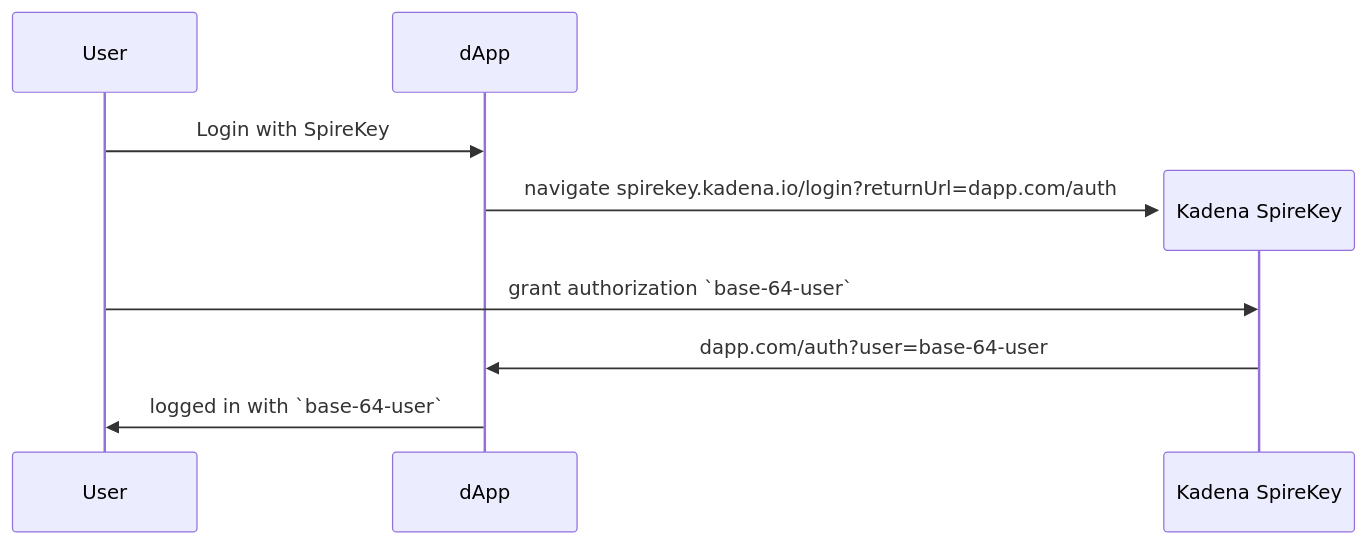
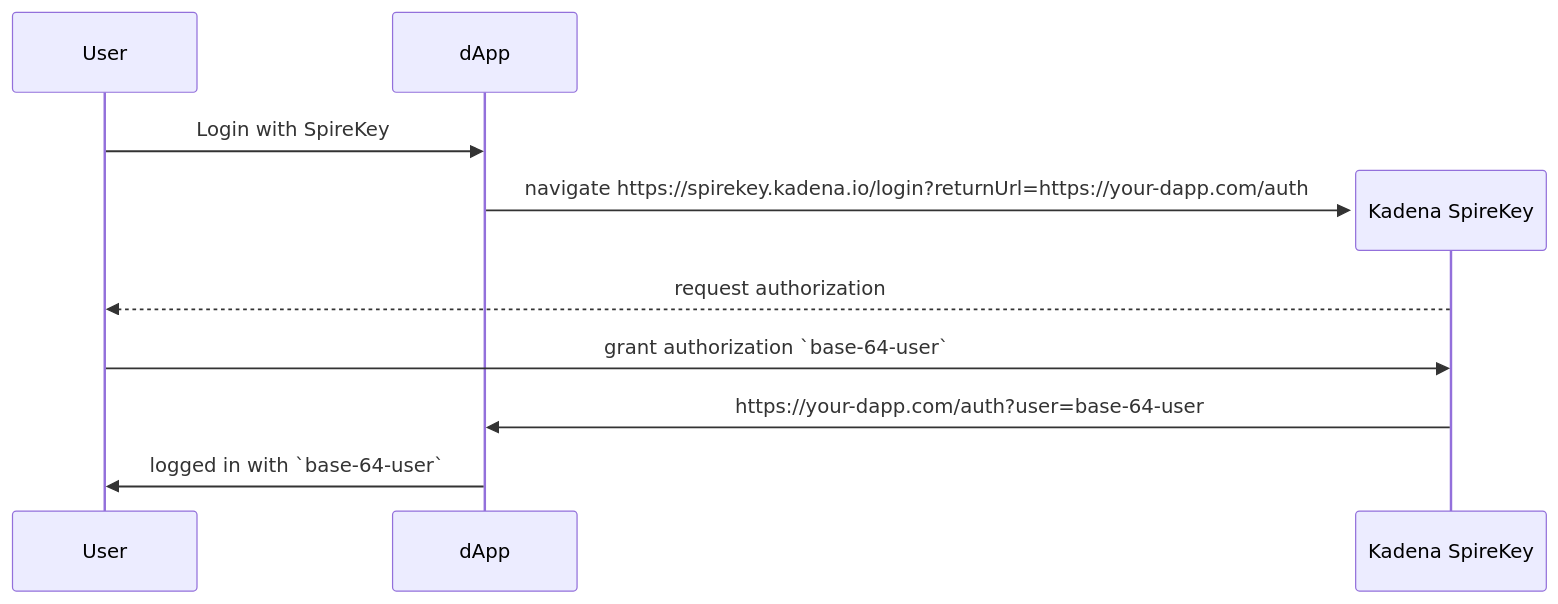
Before and after one commit to kadena-community/kadena.js: the second of 3 diagrams in packages/apps/docs/src/docs/kadena/wallets/kadena-spirekey/index.md, drawn with Mermaid. The commit also changed other lines of this file, not shown here.

Commit message:
docs(spirekey): improve docs based on PR comments

````diff
--- a/packages/apps/docs/src/docs/kadena/wallets/kadena-spirekey/index.md
+++ b/packages/apps/docs/src/docs/kadena/wallets/kadena-spirekey/index.md
@@ -115,11 +150,12 @@
 ```mermaid
 sequenceDiagram
   participant u as User
   participant d as dApp
     u->>d: Login with SpireKey
   create participant s as Kadena SpireKey
-    d->>s: navigate spirekey.kadena.io/login?returnUrl=dapp.com/auth
+    d->>s: navigate https://spirekey.kadena.io/login?returnUrl=https://your-dapp.com/auth
+    s-->>u: request authorization
     u->>s: grant authorization `base-64-user`
-    s->>d: dapp.com/auth?user=base-64-user
+    s->>d: https://your-dapp.com/auth?user=base-64-user
     d->>u: logged in with `base-64-user`
 ```
````
